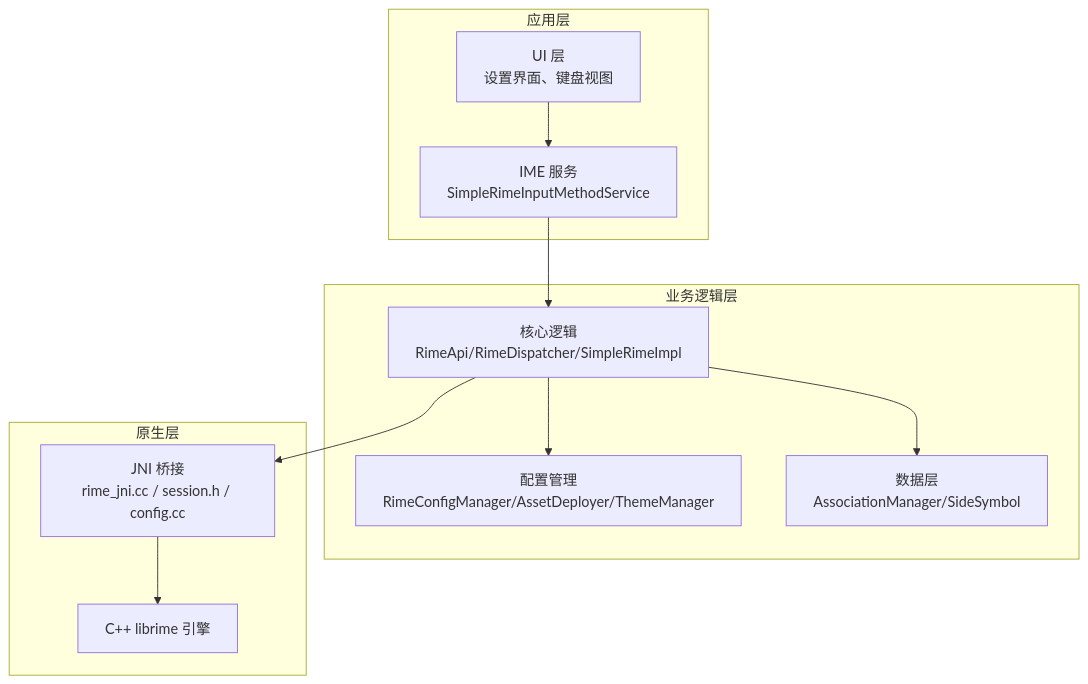
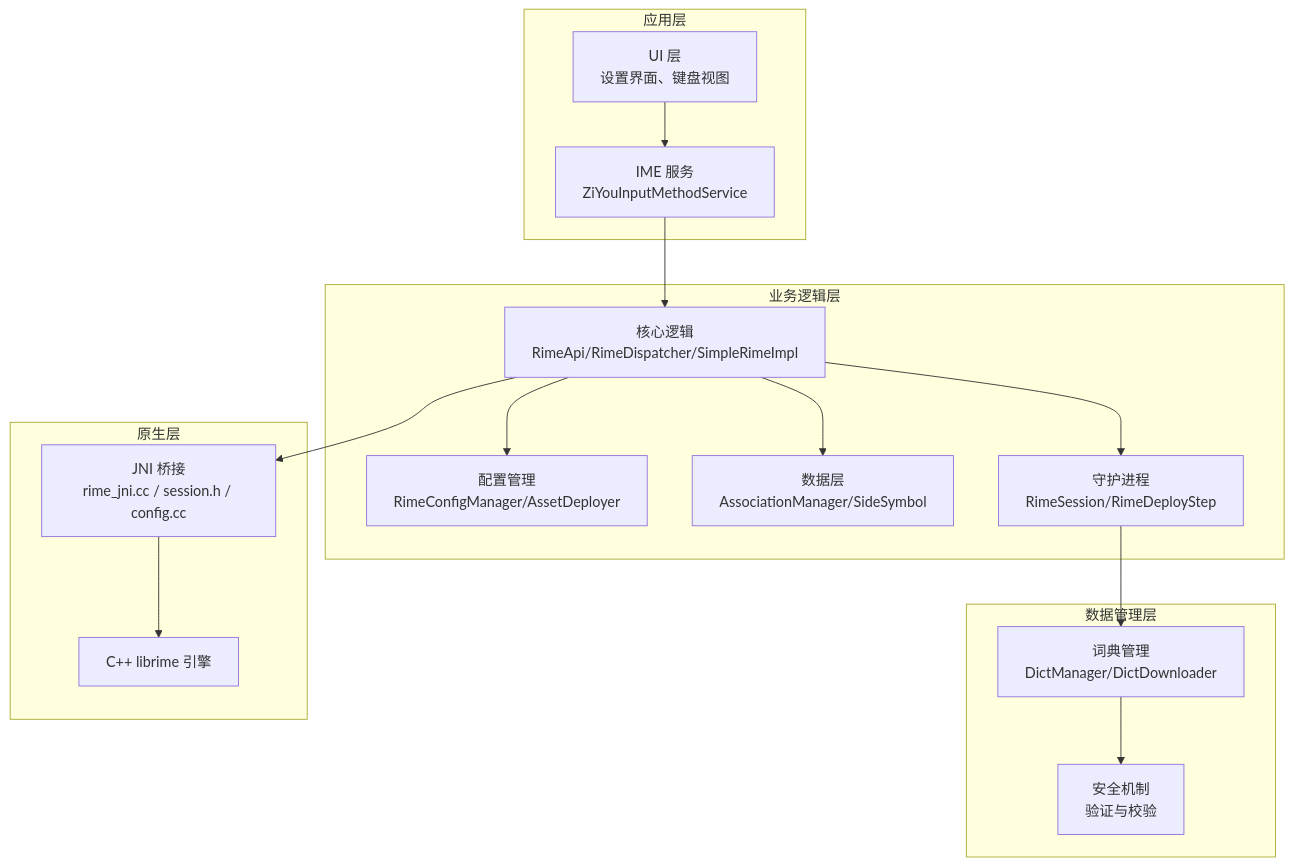
Before and after one commit to qiaodashaoye/ziyou-ime: the first of 10 diagrams in .qoder/repowiki/zh/content/项目概览/架构概览.md, drawn with Mermaid. The commit also changed other lines of this file and 7 other files, not shown here.

````diff
--- a/.qoder/repowiki/zh/content/项目概览/架构概览.md
+++ b/.qoder/repowiki/zh/content/项目概览/架构概览.md
@@ -73,22 +54,30 @@
 ```mermaid
 graph TB
 subgraph "应用层"
 UI["UI 层<br/>设置界面、键盘视图"]
-Service["IME 服务<br/>SimpleRimeInputMethodService"]
+Service["IME 服务<br/>ZiYouInputMethodService"]
 end
 subgraph "业务逻辑层"
 Core["核心逻辑<br/>RimeApi/RimeDispatcher/SimpleRimeImpl"]
-Config["配置管理<br/>RimeConfigManager/AssetDeployer/ThemeManager"]
+Config["配置管理<br/>RimeConfigManager/AssetDeployer"]
 Data["数据层<br/>AssociationManager/SideSymbol"]
+Daemon["守护进程<br/>RimeSession/RimeDeployStep"]
+end
+subgraph "数据管理层"
+Dict["词典管理<br/>DictManager/DictDownloader"]
+Security["安全机制<br/>验证与校验"]
 end
 subgraph "原生层"
 JNI["JNI 桥接<br/>rime_jni.cc / session.h / config.cc"]
 Librime["C++ librime 引擎"]
 end
 UI --> Service
 Service --> Core
 Core --> Config
 Core --> Data
+Core --> Daemon
+Daemon --> Dict
+Dict --> Security
 Core --> JNI
 JNI --> Librime
 ```
````
